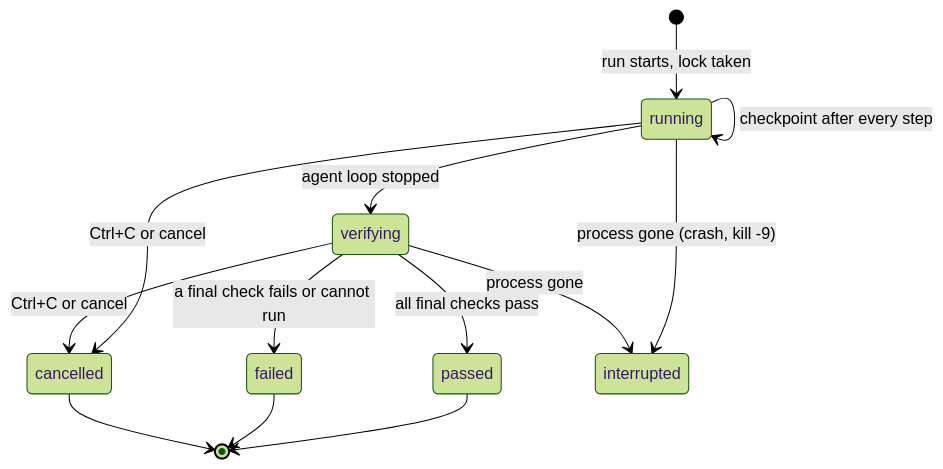
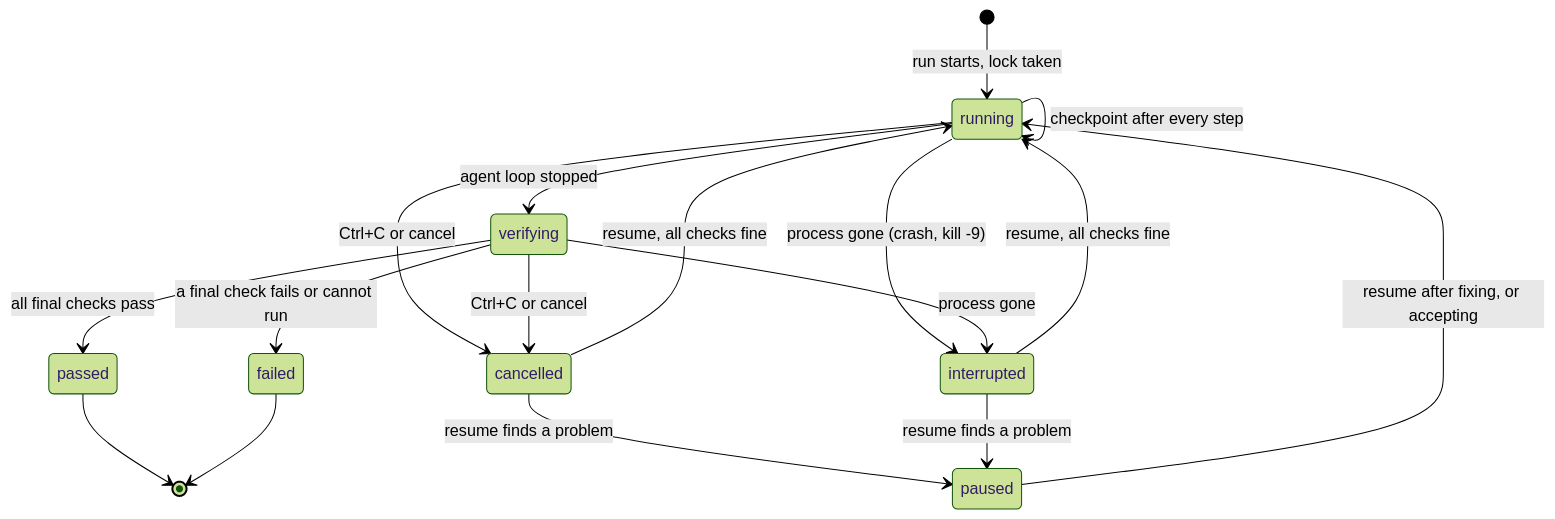
One commit to linda-gan/swe25-aaia-coding-harness changed the fifth of 8 diagrams in README.md. Above: the diagram before and after it, drawn with Mermaid (forest theme). The commit also changed other lines of this file and 18 other files, not shown here.

````diff
--- a/README.md
+++ b/README.md
@@ -487,15 +507,19 @@
 ```mermaid
 stateDiagram-v2
     [*] --> running: run starts, lock taken
     running --> running: checkpoint after every step
     running --> verifying: agent loop stopped
     verifying --> passed: all final checks pass
     verifying --> failed: a final check fails or cannot run
     running --> cancelled: Ctrl+C or cancel
     verifying --> cancelled: Ctrl+C or cancel
     running --> interrupted: process gone (crash, kill -9)
     verifying --> interrupted: process gone
+    cancelled --> paused: resume finds a problem
+    interrupted --> paused: resume finds a problem
+    cancelled --> running: resume, all checks fine
+    interrupted --> running: resume, all checks fine
+    paused --> running: resume after fixing, or accepting
     passed --> [*]
     failed --> [*]
-    cancelled --> [*]
 ```
````
